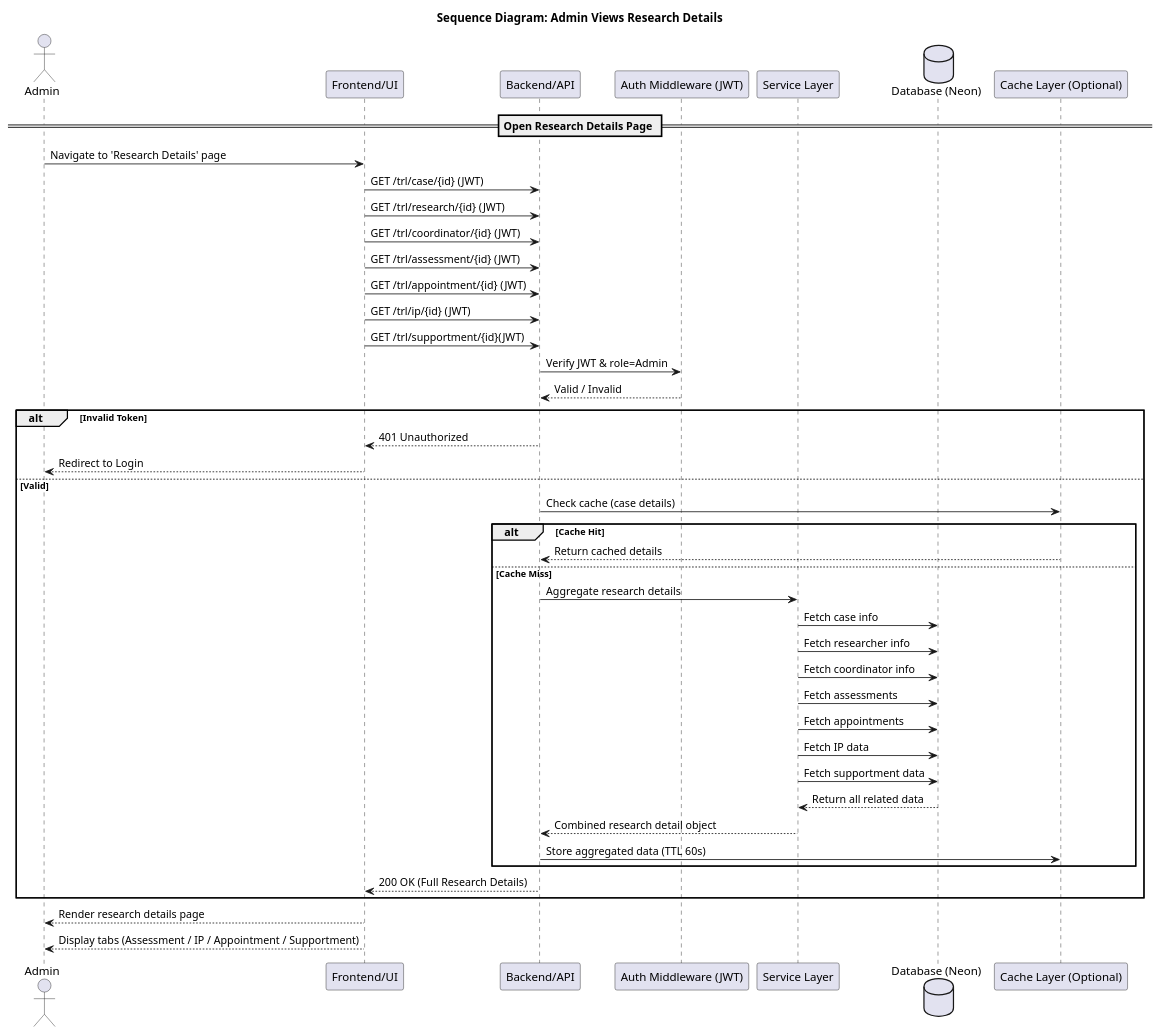
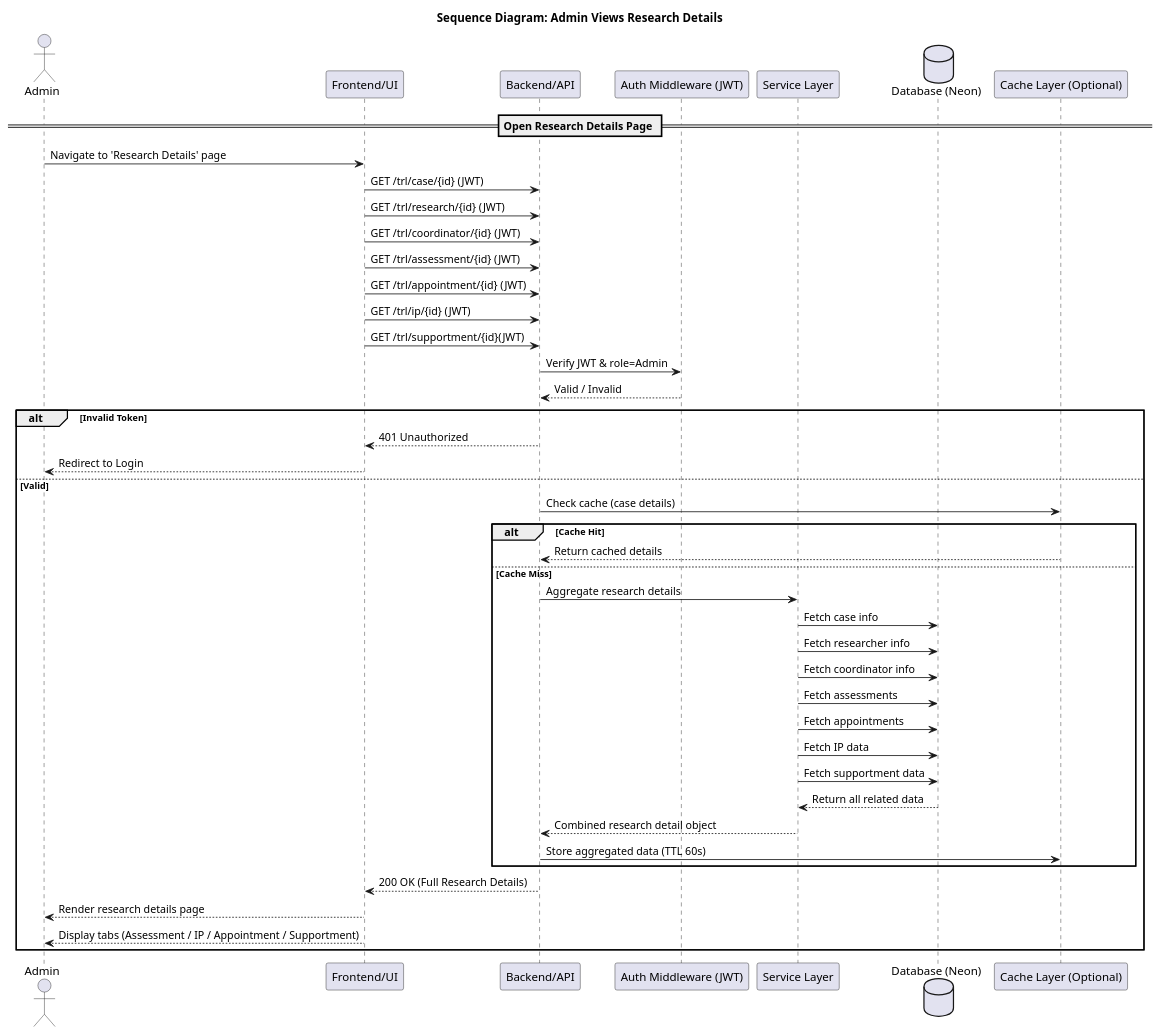
The diagram in sequence diagram/admin/admin_view_research_details.puml (punyanuch-h/trl-research-frontend), drawn with PlantUML before and after one commit. The commit also changed 14 other files, not shown here.

```diff
--- a/sequence diagram/admin/admin_view_research_details.puml
+++ b/sequence diagram/admin/admin_view_research_details.puml
@@ -1,55 +1,54 @@
 @startuml
 title Sequence Diagram: Admin Views Research Details
 
 actor Admin
 participant "Frontend/UI" as UI
 participant "Backend/API" as API
 participant "Auth Middleware (JWT)" as AUTH
 participant "Service Layer" as SERVICE
 database "Database (Neon)" as DB
 participant "Cache Layer (Optional)" as CACHE
 
 == Open Research Details Page ==
 Admin -> UI: Navigate to 'Research Details' page
 
 UI -> API: GET /trl/case/{id} (JWT)
 UI -> API: GET /trl/research/{id} (JWT)
 UI -> API: GET /trl/coordinator/{id} (JWT)
 UI -> API: GET /trl/assessment/{id} (JWT)
 UI -> API: GET /trl/appointment/{id} (JWT)
 UI -> API: GET /trl/ip/{id} (JWT)
 UI -> API: GET /trl/supportment/{id}(JWT)
 
 API -> AUTH: Verify JWT & role=Admin
 AUTH --> API: Valid / Invalid
 
 alt Invalid Token
     API --> UI: 401 Unauthorized
     UI --> Admin: Redirect to Login
 else Valid
     API -> CACHE: Check cache (case details)
     alt Cache Hit
         CACHE --> API: Return cached details
     else Cache Miss
         API -> SERVICE: Aggregate research details
 
         SERVICE -> DB: Fetch case info
         SERVICE -> DB: Fetch researcher info
         SERVICE -> DB: Fetch coordinator info
         SERVICE -> DB: Fetch assessments
         SERVICE -> DB: Fetch appointments
         SERVICE -> DB: Fetch IP data
         SERVICE -> DB: Fetch supportment data
 
         DB --> SERVICE: Return all related data
         SERVICE --> API: Combined research detail object
         API -> CACHE: Store aggregated data (TTL 60s)
     end
 
     API --> UI: 200 OK (Full Research Details)
+    UI --> Admin: Render research details page
+    UI --> Admin: Display tabs (Assessment / IP / Appointment / Supportment)
 end
 
-UI --> Admin: Render research details page
-UI --> Admin: Display tabs (Assessment / IP / Appointment / Supportment)
-
 @enduml
```
